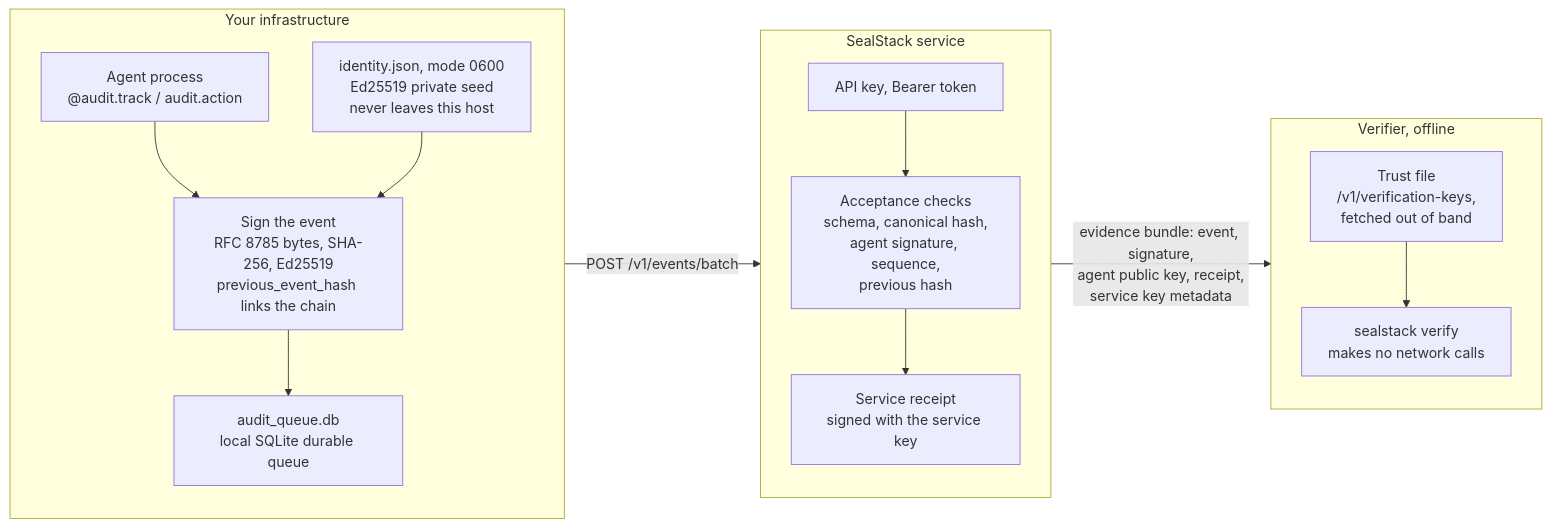
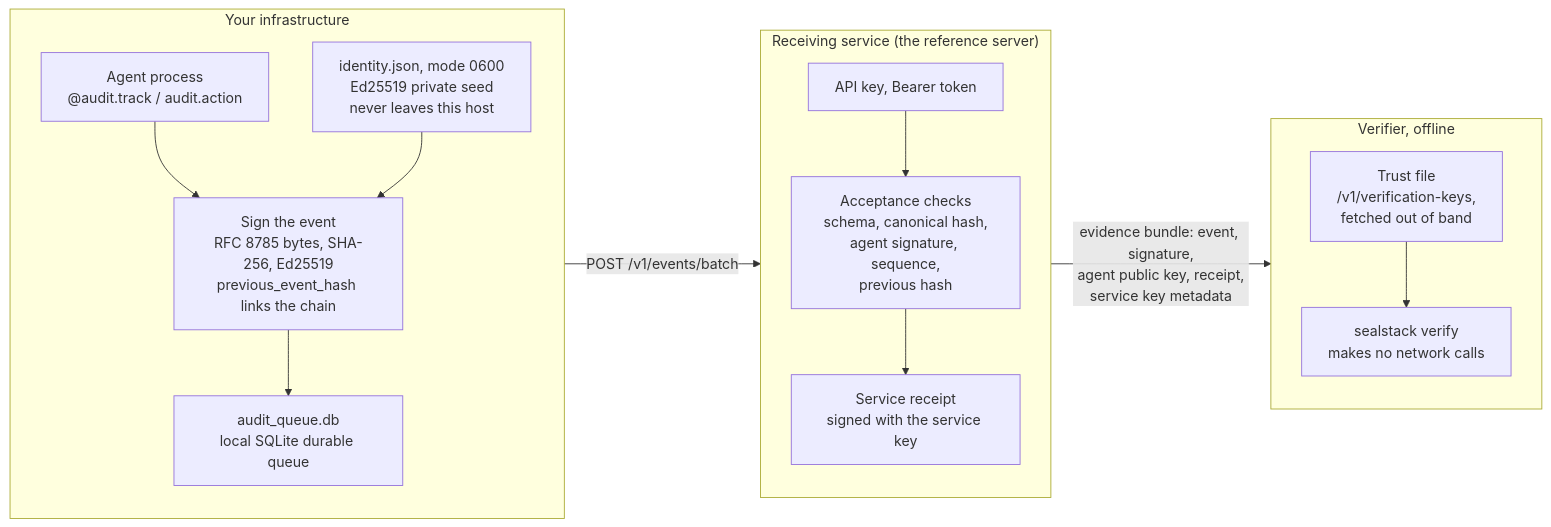
Before and after one commit to unempyd/sealstack-sdk: the first of 3 diagrams in README.md, drawn with Mermaid. The commit also changed other lines of this file and 15 other files, not shown here.

````diff
--- a/README.md
+++ b/README.md
@@ -151,32 +110,32 @@
 ```mermaid
 flowchart LR
   subgraph customer["Your infrastructure"]
     direction TB
     agent["Agent process<br/>@audit.track / audit.action"]
     key["identity.json, mode 0600<br/>Ed25519 private seed<br/>never leaves this host"]
     sign["Sign the event<br/>RFC 8785 bytes, SHA-256, Ed25519<br/>previous_event_hash links the chain"]
     queue["audit_queue.db<br/>local SQLite durable queue"]
     agent --> sign
     key --> sign
     sign --> queue
   end
 
-  subgraph service["SealStack service"]
+  subgraph service["Receiving service (the reference server)"]
     direction TB
     auth["API key, Bearer token"]
     accept["Acceptance checks<br/>schema, canonical hash,<br/>agent signature, sequence,<br/>previous hash"]
     receipt["Service receipt<br/>signed with the service key"]
     auth --> accept
     accept --> receipt
   end
 
   subgraph verifier["Verifier, offline"]
     direction TB
     trust["Trust file<br/>/v1/verification-keys,<br/>fetched out of band"]
     check["sealstack verify<br/>makes no network calls"]
     trust --> check
   end
 
   queue -->|"POST /v1/events/batch"| auth
   receipt -->|"evidence bundle: event, signature,<br/>agent public key, receipt,<br/>service key metadata"| check
 ```
````
